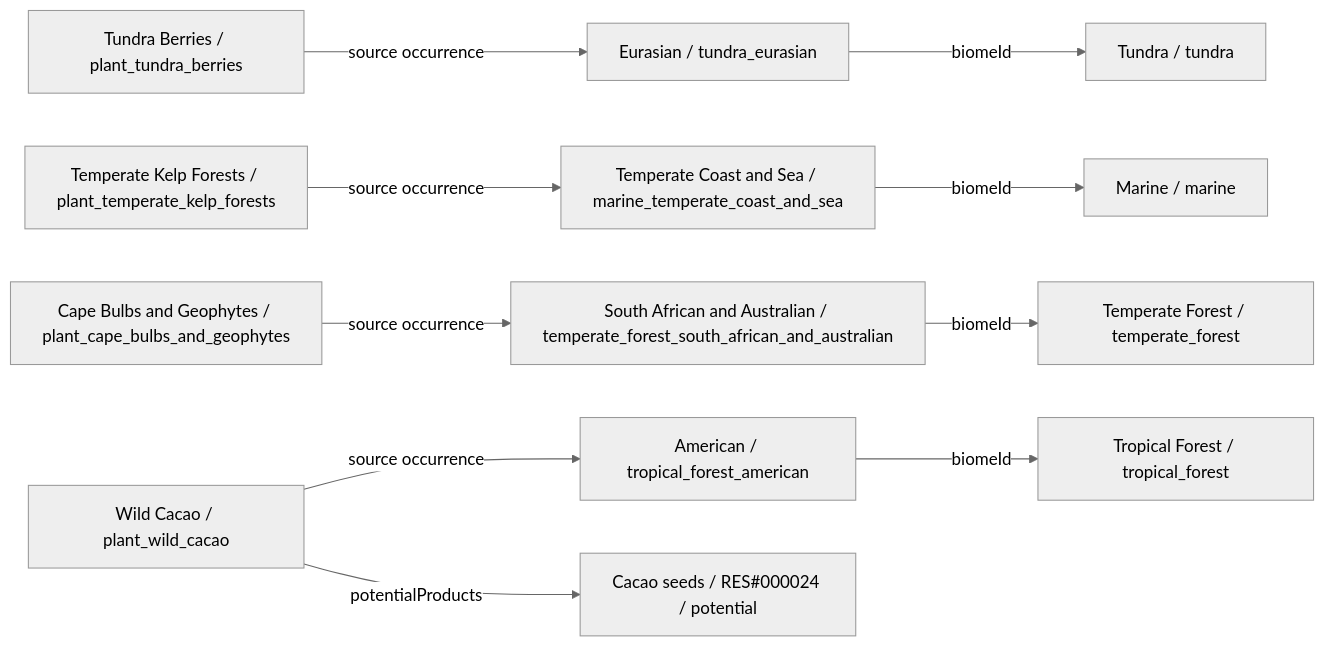
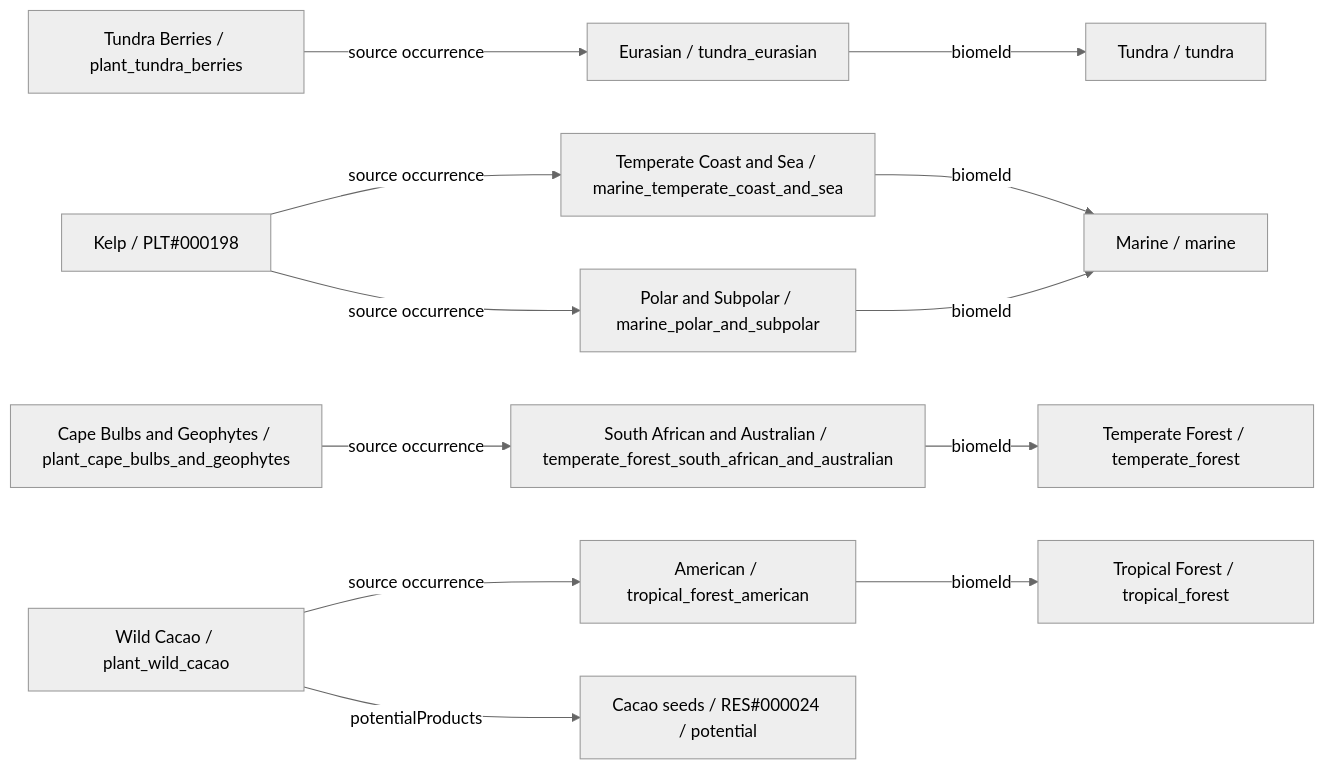
One commit to fgabo404/EvolveDoc changed the sixth of 34 diagrams in data/plants/DIAGRAMS.md. Above: the diagram before and after it, drawn with Mermaid (neutral theme). The commit also changed other lines of this file and 59 other files, not shown here.

````diff
--- a/data/plants/DIAGRAMS.md
+++ b/data/plants/DIAGRAMS.md
@@ -330,25 +282,28 @@
 ```mermaid
 flowchart LR
     c0["Tundra Berries / plant_tundra_berries"]
     v9["Eurasian / tundra_eurasian"]
     b2["Tundra / tundra"]
-    c1["Temperate Kelp Forests / plant_temperate_kelp_forests"]
+    c1["Kelp / PLT#000198"]
     v20["Temperate Coast and Sea / marine_temperate_coast_and_sea"]
     b5["Marine / marine"]
+    v21["Polar and Subpolar / marine_polar_and_subpolar"]
     c2["Cape Bulbs and Geophytes / plant_cape_bulbs_and_geophytes"]
     v6["South African and Australian / temperate_forest_south_african_and_australian"]
     b1["Temperate Forest / temperate_forest"]
     c3["Wild Cacao / plant_wild_cacao"]
     v0["American / tropical_forest_american"]
     b0["Tropical Forest / tropical_forest"]
     o3_0["Cacao seeds / RES#000024 / potential"]
     c0 -->|source occurrence| v9
     c1 -->|source occurrence| v20
+    c1 -->|source occurrence| v21
     c2 -->|source occurrence| v6
     c3 -->|potentialProducts| o3_0
     c3 -->|source occurrence| v0
     v0 -->|biomeId| b0
     v20 -->|biomeId| b5
+    v21 -->|biomeId| b5
     v6 -->|biomeId| b1
     v9 -->|biomeId| b2
 ```
````
